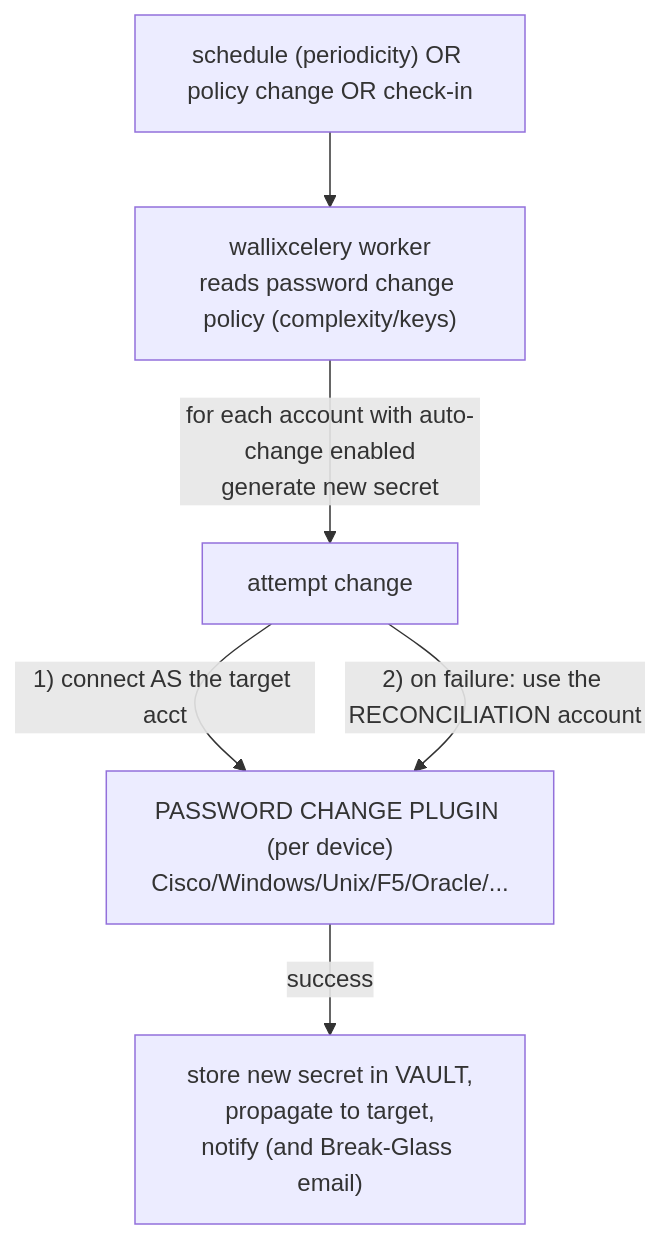
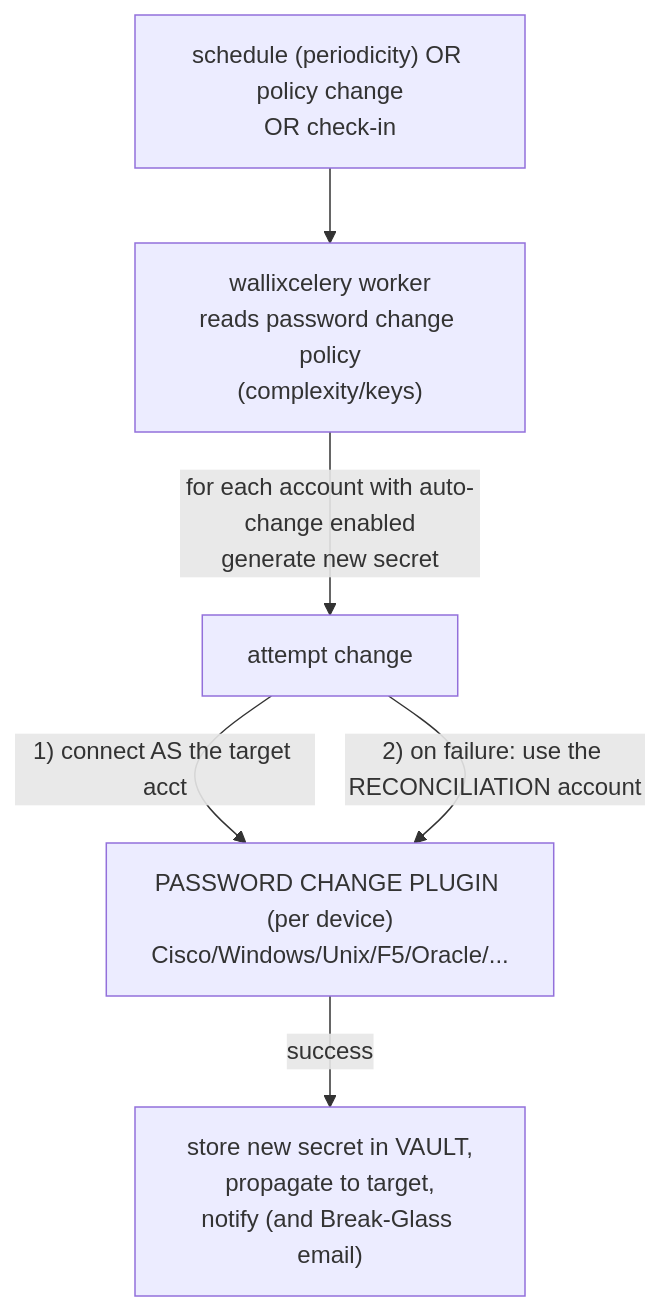
The second of 4 diagrams in deep-dives/secrets-and-password-management.md (morandeirachema/WallixCerts), drawn with Mermaid before and after one commit. The commit also changed other lines of this file and 37 other files, not shown here.

First line of the commit message:
Make Mermaid node boxes fit their text (wrap long labels) + enforce it

````diff
--- a/deep-dives/secrets-and-password-management.md
+++ b/deep-dives/secrets-and-password-management.md
@@ -92,8 +92,8 @@
 ```mermaid
 flowchart TD
-    Trigger["schedule (periodicity) OR policy change OR check-in"] --> Worker["wallixcelery worker<br/>reads password change policy (complexity/keys)"]
+    Trigger["schedule (periodicity) OR policy change<br/>OR check-in"] --> Worker["wallixcelery worker<br/>reads password change policy<br/>(complexity/keys)"]
     Worker -->|"for each account with auto-change enabled<br/>generate new secret"| Attempt["attempt change"]
     Attempt -->|"1) connect AS the target acct"| Plugin["PASSWORD CHANGE PLUGIN (per device)<br/>Cisco/Windows/Unix/F5/Oracle/..."]
     Attempt -->|"2) on failure: use the RECONCILIATION account"| Plugin
     Plugin -->|"success"| Store["store new secret in VAULT,<br/>propagate to target,<br/>notify (and Break-Glass email)"]
 ```
````
